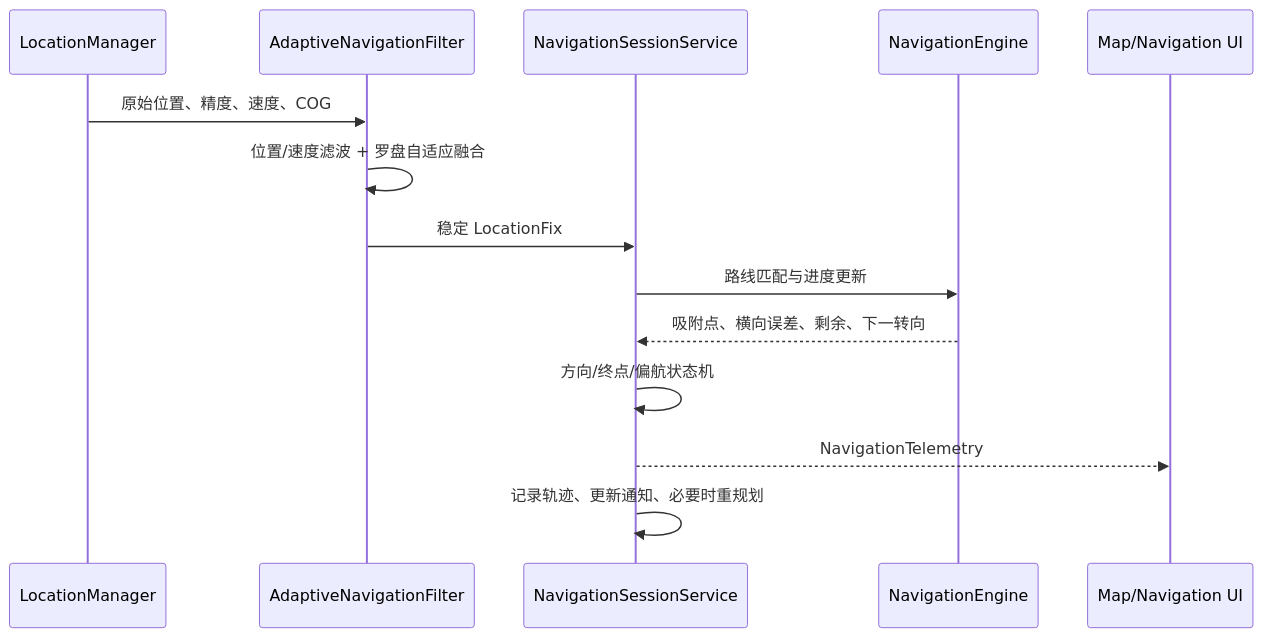
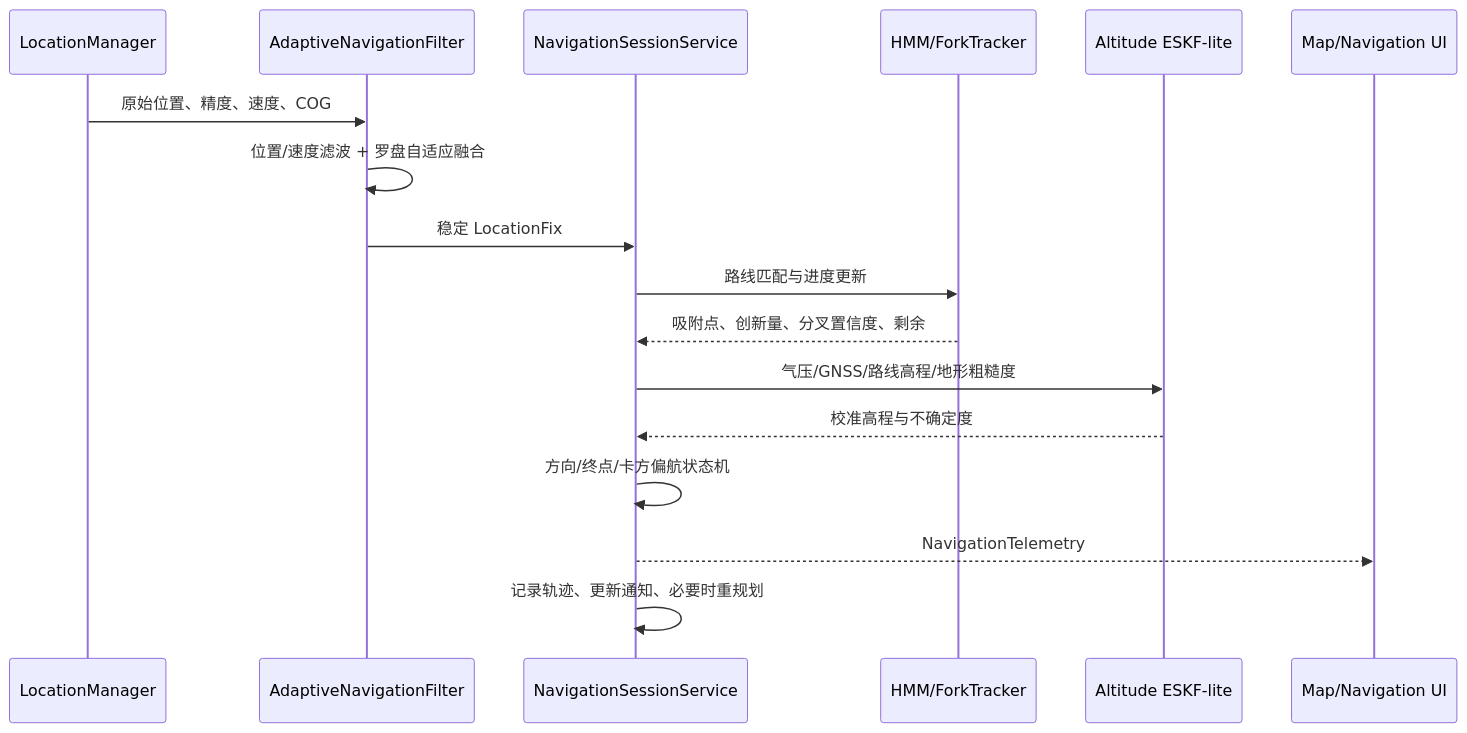
Before and after one commit to yzgpk2002/watchnav: the second of 3 diagrams in docs/TECHNICAL_ARCHITECTURE.md, drawn with Mermaid. The commit also changed other lines of this file and 185 other files, not shown here.

````diff
--- a/docs/TECHNICAL_ARCHITECTURE.md
+++ b/docs/TECHNICAL_ARCHITECTURE.md
@@ -130,17 +134,20 @@
 ```mermaid
 sequenceDiagram
     participant GNSS as LocationManager
     participant Filter as AdaptiveNavigationFilter
     participant Session as NavigationSessionService
-    participant Match as NavigationEngine
+    participant Match as HMM/ForkTracker
+    participant Height as Altitude ESKF-lite
     participant UI as Map/Navigation UI
 
     GNSS->>Filter: 原始位置、精度、速度、COG
     Filter->>Filter: 位置/速度滤波 + 罗盘自适应融合
     Filter->>Session: 稳定 LocationFix
     Session->>Match: 路线匹配与进度更新
-    Match-->>Session: 吸附点、横向误差、剩余、下一转向
-    Session->>Session: 方向/终点/偏航状态机
+    Match-->>Session: 吸附点、创新量、分叉置信度、剩余
+    Session->>Height: 气压/GNSS/路线高程/地形粗糙度
+    Height-->>Session: 校准高程与不确定度
+    Session->>Session: 方向/终点/卡方偏航状态机
     Session-->>UI: NavigationTelemetry
     Session->>Session: 记录轨迹、更新通知、必要时重规划
 ```
````
